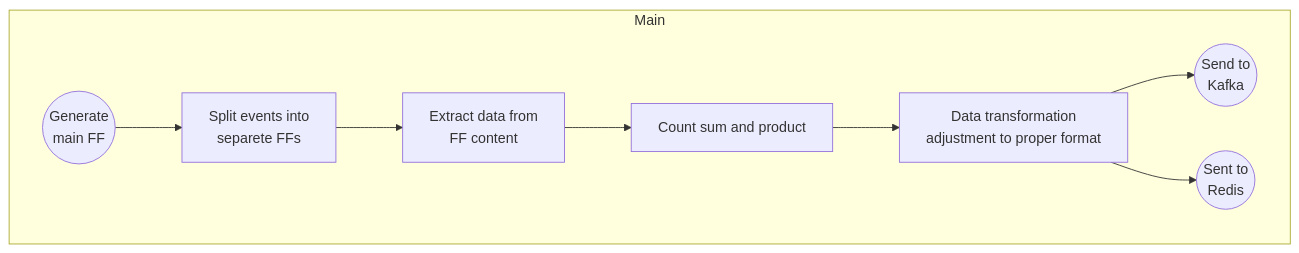
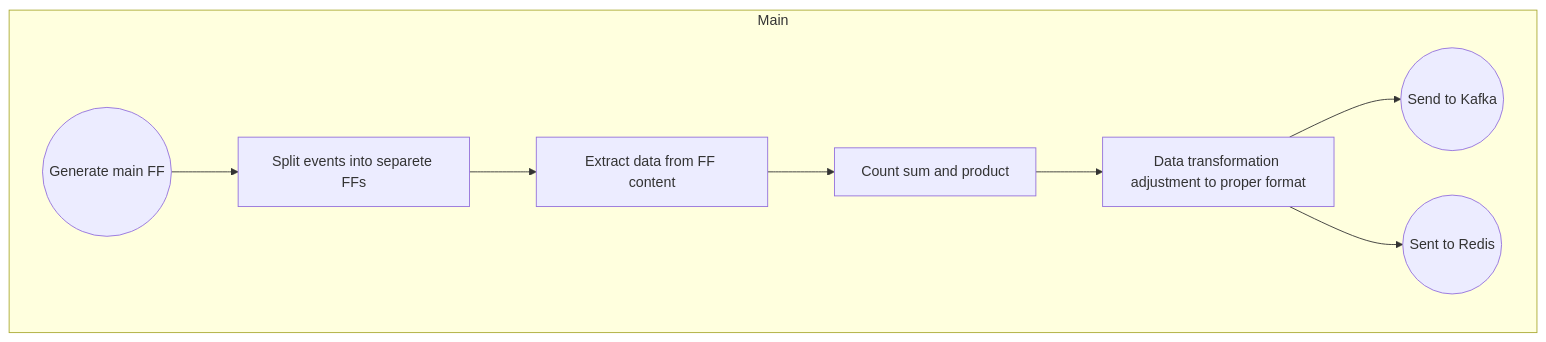
One commit to michal-kocur/NiFi-tutorial changed the diagram in Tasks/task1.md. Above: the diagram before and after it, drawn with Mermaid.

````diff
--- a/Tasks/task1.md
+++ b/Tasks/task1.md
@@ -43,11 +43,11 @@
 ```mermaid
 flowchart TD
 	subgraph Main
-		A((Generate \n main FF)) --> B[Split events into\n separete FFs]
-		B --> C[Extract data from \nFF content]
+		A((Generate main FF)) --> B[Split events into separete FFs]
+		B --> C[Extract data from FF content]
 		C --> D[Count sum and product ]
-		D --> E[Data transformation\n adjustment to proper format]
-		E --> F((Send to\n Kafka))
-		E --> G((Sent to\n Redis))
+		D --> E[Data transformation adjustment to proper format]
+		E --> F((Send to Kafka))
+		E --> G((Sent to Redis))
 	end 
 ```
````
